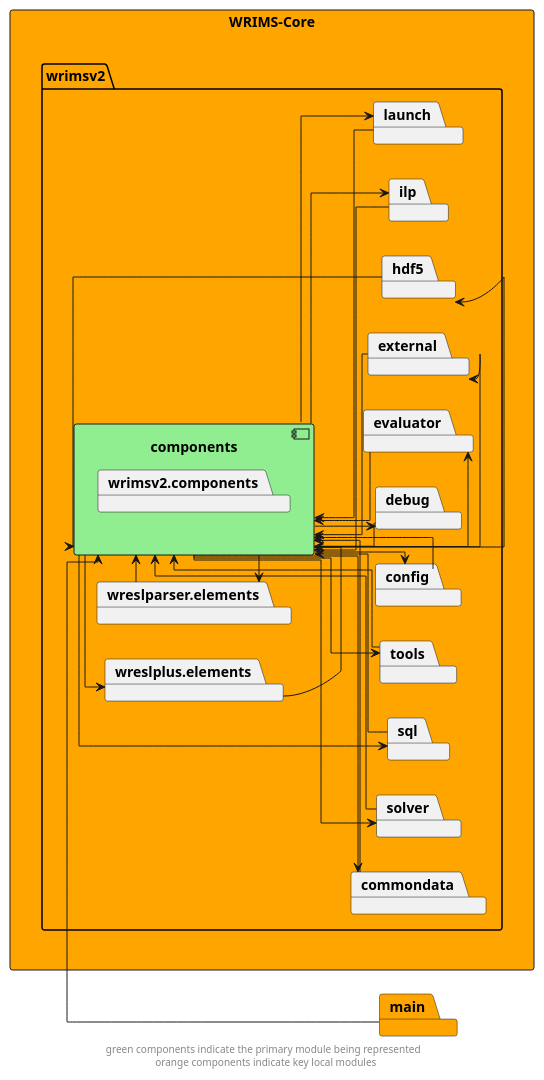
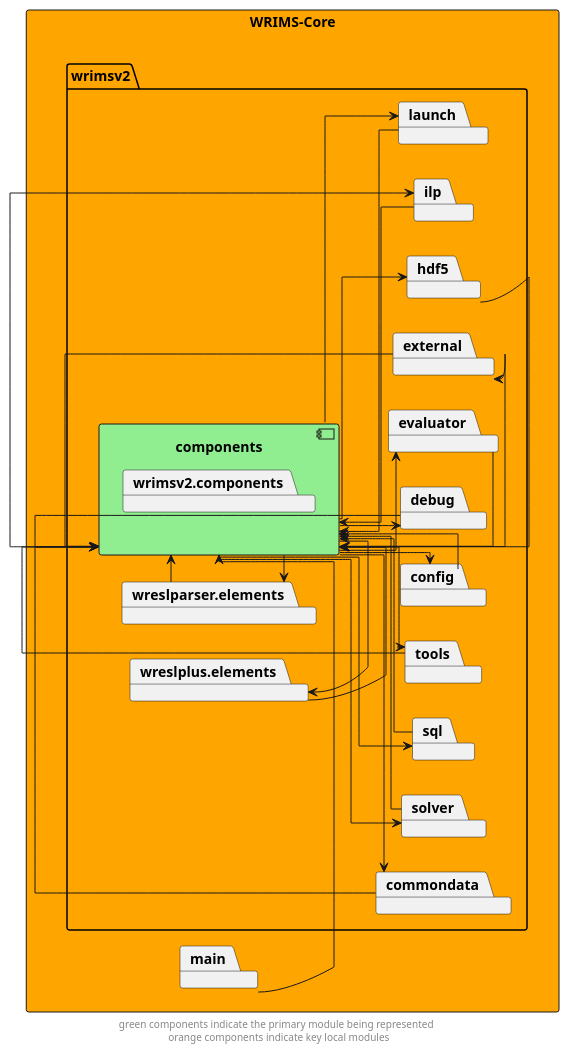
Before and after one commit to CentralValleyModeling/wrims: the diagram in docs/diagrams/wrims-core/wrims-core_components.puml, drawn with PlantUML. The commit also changed 25 other files, not shown here.

```diff
--- a/docs/diagrams/wrims-core/wrims-core_components.puml
+++ b/docs/diagrams/wrims-core/wrims-core_components.puml
@@ -1,77 +1,77 @@
 @startuml
 left to right direction
 skinparam linetype ortho
 rectangle wrims_core as "WRIMS-Core" #orange {
     package wrimsv2 {
         component components #lightgreen {
             package wrimsv2.components
         }
         package commondata
         package wreslparser.elements
         package wreslplus.elements
         package solver
         package sql
         package tools
         package config
         package debug
         package evaluator
         package external
         package hdf5
         package ilp
         package launch
     }
+package main
 }
-package main #orange
 
 components --> commondata
 commondata --> components
 
 components --> config
 config --> components
 
 components --> debug
 debug --> components
 
 components --> evaluator
 evaluator --> components
 
 components --> external
 external --> components
 
 components --> hdf5
 hdf5 --> components
 
 components --> ilp
 ilp --> components
 
 components --> launch
 launch --> components
 
 components --> solver
 solver --> components
 
 components --> sql
 sql --> components
 
 components --> tools
 tools --> components
 
 components --> wreslparser.elements
 wreslparser.elements --> components
 
 components --> wreslplus.elements
 wreslplus.elements --> components
 
 
 main -right-> components
 
 
 ' The following relationships are hidden and used to format the diagram. They do not represent actual dependencies.
 main -up[hidden]-> wrims_core
 'commondata -up[hidden]-> wreslparser.elements
 'wreslparser.elements -up[hidden]-> wreslplus.elements
 'commondata -left[hidden]-> components
 wreslparser.elements -left[hidden]-> components
 wreslplus.elements -left[hidden]-> components
 footer "green components indicate the primary module being represented \n orange components indicate key local modules"
 @enduml
```
